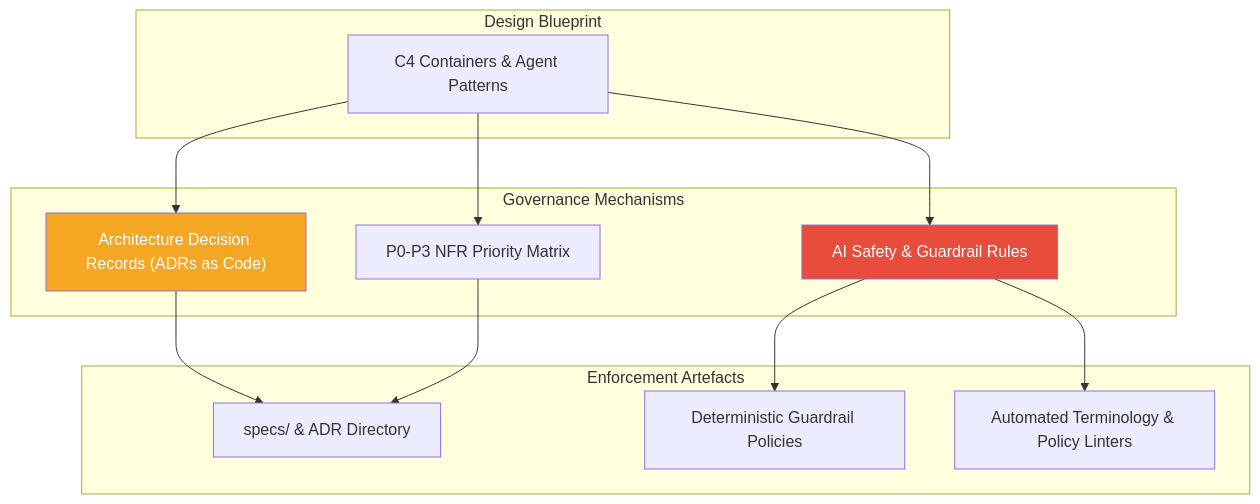
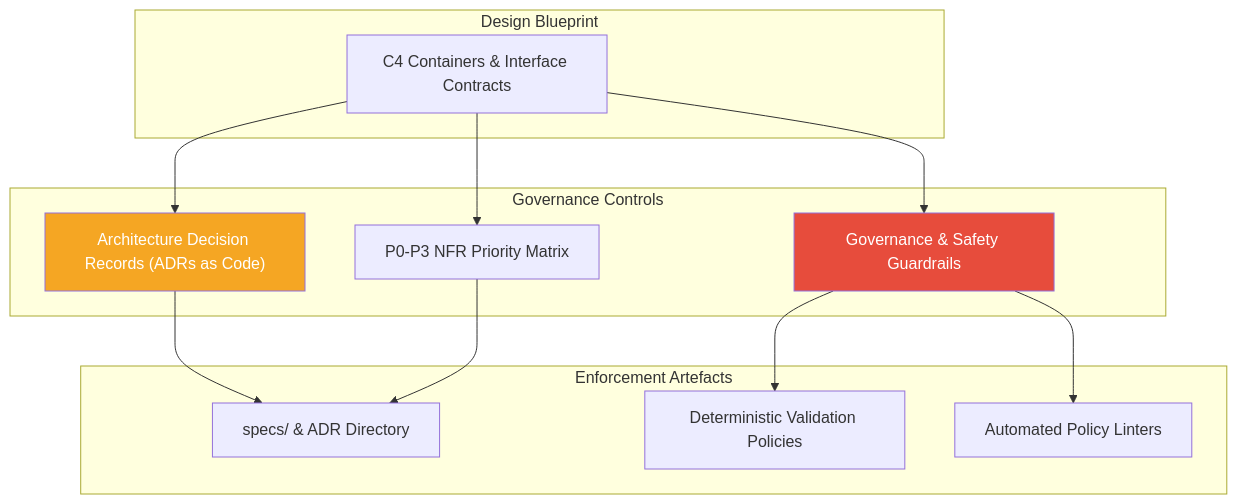
The first of 2 diagrams in docs/sop/03-govern-formalise.md (avfranco-br/portfolio), drawn with Mermaid before and after one commit. The commit also changed other lines of this file and 8 other files, not shown here.

````diff
--- a/docs/sop/03-govern-formalise.md
+++ b/docs/sop/03-govern-formalise.md
@@ -20,30 +19,26 @@
 ```mermaid
 graph TD
     subgraph "Design Blueprint"
-        B1["C4 Containers & Agent Patterns"]
+        B1["C4 Containers & Interface Contracts"]
     end
 
-    subgraph "Governance Mechanisms"
+    subgraph "Governance Controls"
         G1["Architecture Decision Records (ADRs as Code)"]
         G2["P0-P3 NFR Priority Matrix"]
-        G3["AI Safety & Guardrail Rules"]
+        G3["Governance & Safety Guardrails"]
     end
 
     subgraph "Enforcement Artefacts"
         E1["specs/ & ADR Directory"]
-        E2["Deterministic Guardrail Policies"]
-        E3["Automated Terminology & Policy Linters"]
+        E2["Deterministic Validation Policies"]
+        E3["Automated Policy Linters"]
     end
 
-    B1 --> G1
-    B1 --> G2
-    B1 --> G3
-
+    B1 --> G1 & G2 & G3
     G1 --> E1
     G2 --> E1
-    G3 --> E2
-    G3 --> E3
+    G3 --> E2 & E3
 
     style G1 fill:#F5A623,color:#fff
     style G3 fill:#E74C3C,color:#fff
 ```
````
